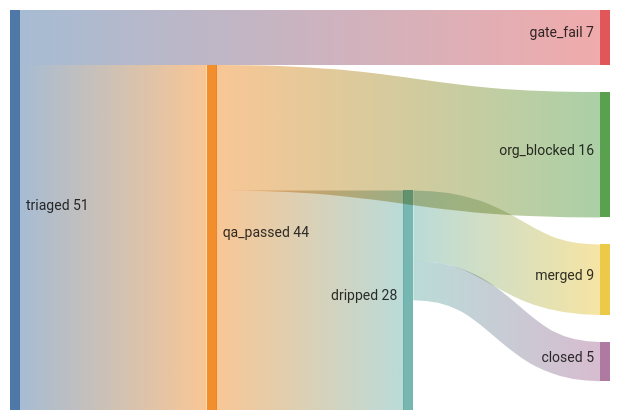
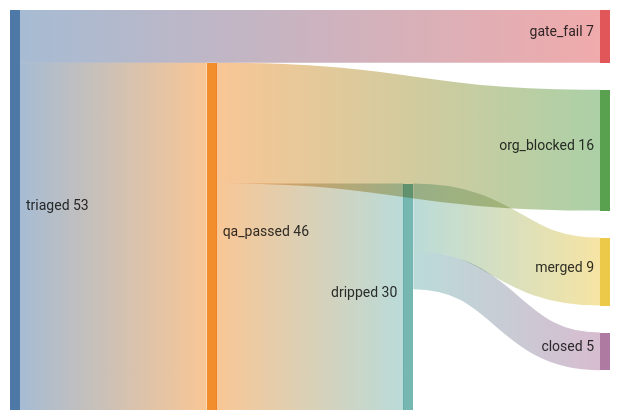
Before and after one commit to kimjune01/kimjune01: the diagram in README.md, drawn with Mermaid. The commit also changed other lines of this file, not shown here.

````diff
--- a/README.md
+++ b/README.md
@@ -5,9 +5,9 @@
 ```mermaid
 sankey-beta
-    triaged, qa_passed, 44
+    triaged, qa_passed, 46
     triaged, gate_fail, 7
-    qa_passed, dripped, 28
+    qa_passed, dripped, 30
     qa_passed, org_blocked, 16
     dripped, merged, 9
     dripped, closed, 5
 ```
````
